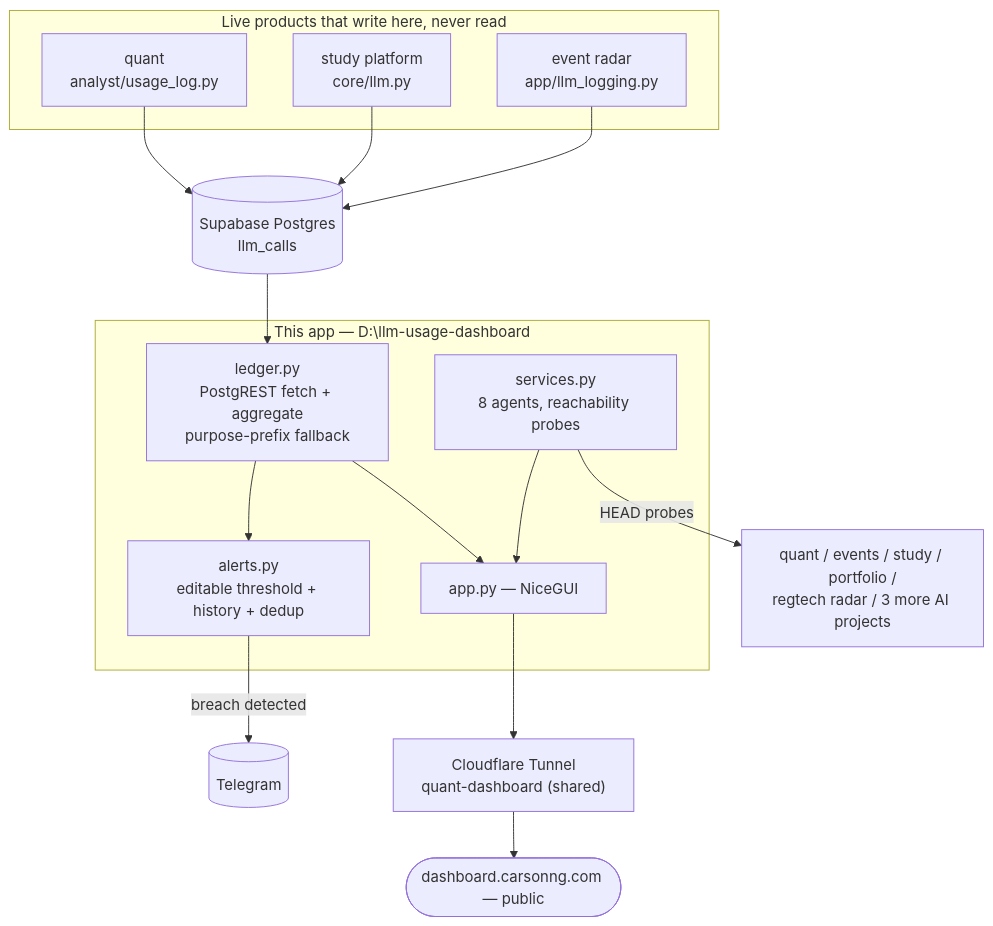
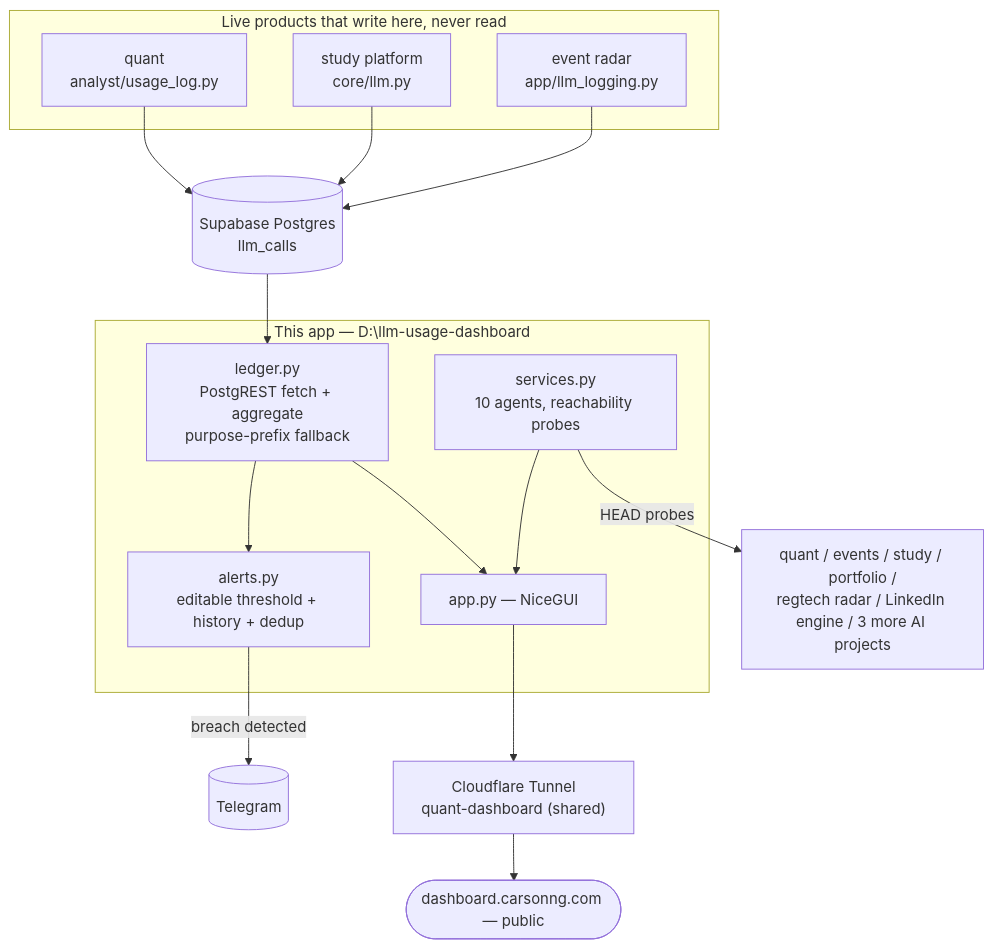
The diagram in README.md (CarsonBytes/saas_cost_dashboard), drawn with Mermaid before and after one commit. The commit also changed other lines of this file, not shown here.

First line of the commit message:
Update README changelog: LinkedIn card, memory-control spec, Quant Paper lock-loop fix

````diff
--- a/README.md
+++ b/README.md
@@ -13,32 +13,32 @@
 ```mermaid
 flowchart TD
     subgraph Writers["Live products that write here, never read"]
         Q["quant<br/>analyst/usage_log.py"]
         S["study platform<br/>core/llm.py"]
         E["event radar<br/>app/llm_logging.py"]
     end
 
     DB[(Supabase Postgres<br/>llm_calls)]
 
     subgraph Hub["This app — D:\llm-usage-dashboard"]
         L["ledger.py<br/>PostgREST fetch + aggregate<br/>purpose-prefix fallback"]
         A["alerts.py<br/>editable threshold + history + dedup"]
-        SV["services.py<br/>8 agents, reachability probes"]
+        SV["services.py<br/>10 agents, reachability probes"]
         UI["app.py — NiceGUI"]
     end
 
     TG[("Telegram")]
-    OTHER["quant / events / study / portfolio /<br/>regtech radar / 3 more AI projects"]
+    OTHER["quant / events / study / portfolio /<br/>regtech radar / LinkedIn engine / 3 more AI projects"]
     CF["Cloudflare Tunnel<br/>quant-dashboard (shared)"]
     PUB(["dashboard.carsonng.com — public"])
 
     Q --> DB
     S --> DB
     E --> DB
     DB --> L --> UI
     L --> A
     A -- "breach detected" --> TG
     SV -- "HEAD probes" --> OTHER
     SV --> UI
     UI --> CF --> PUB
 ```
````
